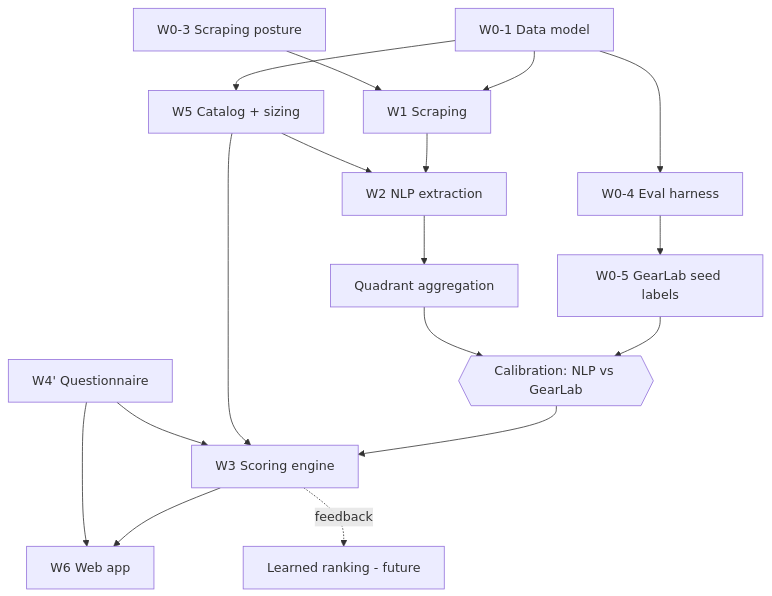
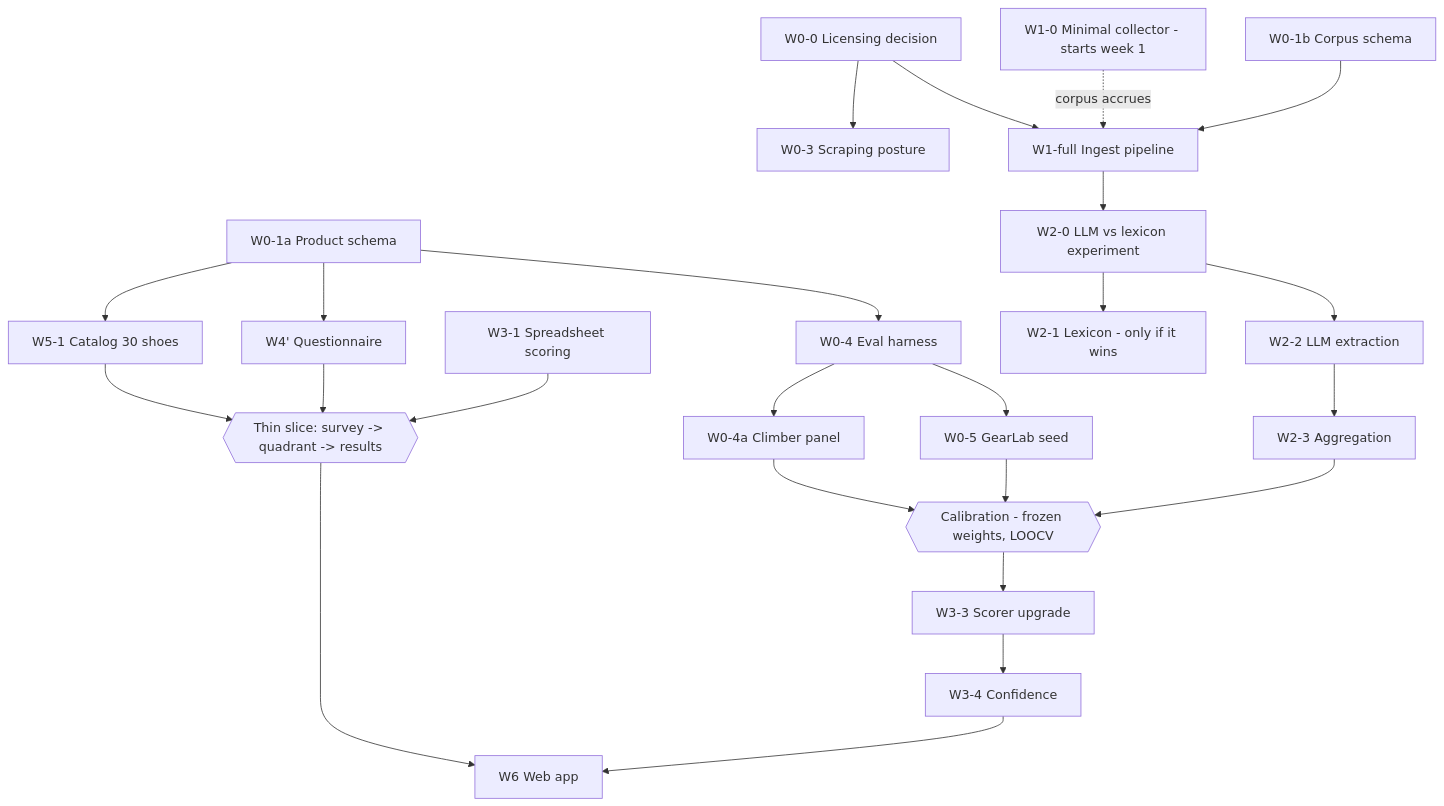
One commit to barlu3/CruxUp changed the first of 2 diagrams in timeline.md. Above: the diagram before and after it, drawn with Mermaid. The commit also changed other lines of this file, not shown here.

Commit message:
reviewed and changed timeline

````diff
--- a/timeline.md
+++ b/timeline.md
@@ -111,19 +134,29 @@
 ```mermaid
 flowchart TD
-  W0_1[W0-1 Data model] --> W1[W1 Scraping]
-  W0_1 --> W5[W5 Catalog + sizing]
-  W0_3[W0-3 Scraping posture] --> W1
-  W0_4[W0-4 Eval harness] --> W0_5[W0-5 GearLab seed labels]
-  W0_1 --> W0_4
-  W1 --> W2[W2 NLP extraction]
-  W5 --> W2
-  W2 --> AGG[Quadrant aggregation]
-  W0_5 --> CAL{{Calibration: NLP vs GearLab}}
-  AGG --> CAL
-  CAL --> W3[W3 Scoring engine]
-  W5 --> W3
-  W4P[W4' Questionnaire] --> W3
-  W3 --> W6[W6 Web app]
-  W4P --> W6
-  W3 -.feedback.-> RANK[Learned ranking - future]
+  W0_0[W0-0 Licensing decision] --> W0_3[W0-3 Scraping posture]
+  W0_0 --> W1F[W1-full Ingest pipeline]
+  W1_0[W1-0 Minimal collector - starts week 1] -.corpus accrues.-> W1F
+
+  W0_1a[W0-1a Product schema] --> W5_1[W5-1 Catalog 30 shoes]
+  W0_1a --> W4P[W4' Questionnaire]
+  W5_1 --> SLICE{{Thin slice: survey -> quadrant -> results}}
+  W4P --> SLICE
+  W3_1[W3-1 Spreadsheet scoring] --> SLICE
+  SLICE --> W6[W6 Web app]
+
+  W0_1a --> W0_4[W0-4 Eval harness]
+  W0_4 --> W0_4a[W0-4a Climber panel]
+  W0_4 --> W0_5[W0-5 GearLab seed]
+  W0_4a --> CAL
+  W0_5 --> CAL{{Calibration - frozen weights, LOOCV}}
+
+  W0_1b[W0-1b Corpus schema] --> W1F
+  W1F --> W2_0[W2-0 LLM vs lexicon experiment]
+  W2_0 --> W2_1[W2-1 Lexicon - only if it wins]
+  W2_0 --> W2_2[W2-2 LLM extraction]
+  W2_2 --> W2_3[W2-3 Aggregation]
+  W2_3 --> CAL
+  CAL --> W3_3[W3-3 Scorer upgrade]
+  W3_3 --> W3_4[W3-4 Confidence]
+  W3_4 --> W6
 ```
````
